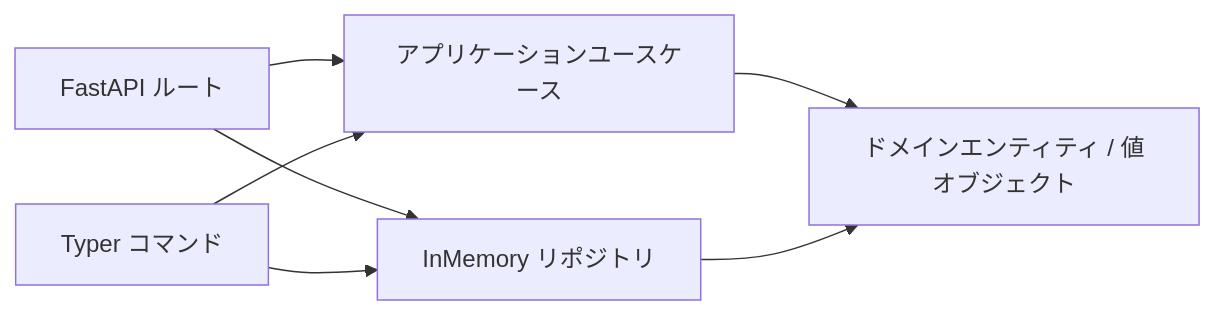
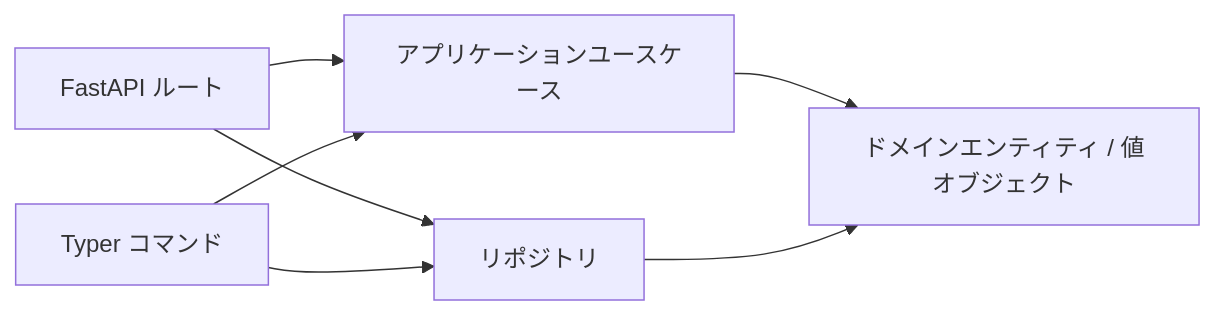
One commit to ks6088ts-labs/concierge changed the diagram in docs/todo/index.ja.md. Above: the diagram before and after it, drawn with Mermaid. The commit also changed other lines of this file and 14 other files, not shown here.

````diff
--- a/docs/todo/index.ja.md
+++ b/docs/todo/index.ja.md
@@ -10,9 +10,9 @@
 ```mermaid
 flowchart LR
     Web[FastAPI ルート] --> App[アプリケーションユースケース]
     CLI[Typer コマンド] --> App
     App --> Domain[ドメインエンティティ / 値オブジェクト]
-    Web --> Repo[InMemory リポジトリ]
+    Web --> Repo[リポジトリ]
     CLI --> Repo
     Repo --> Domain
 ```
````
